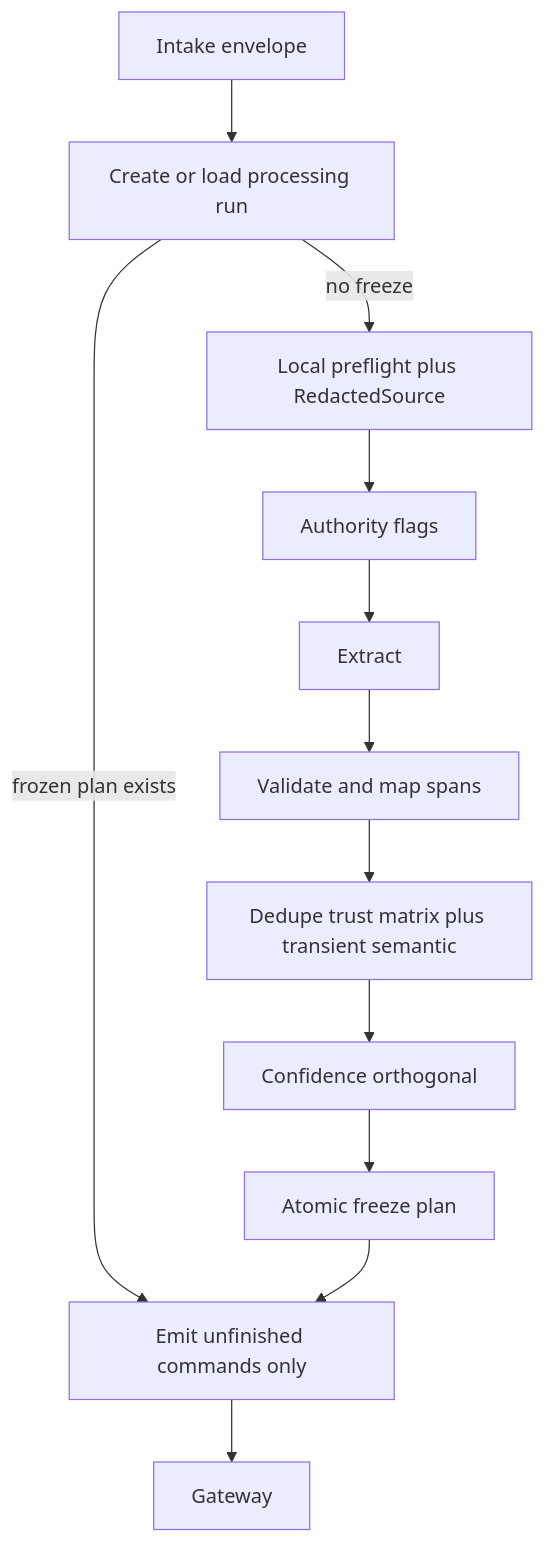
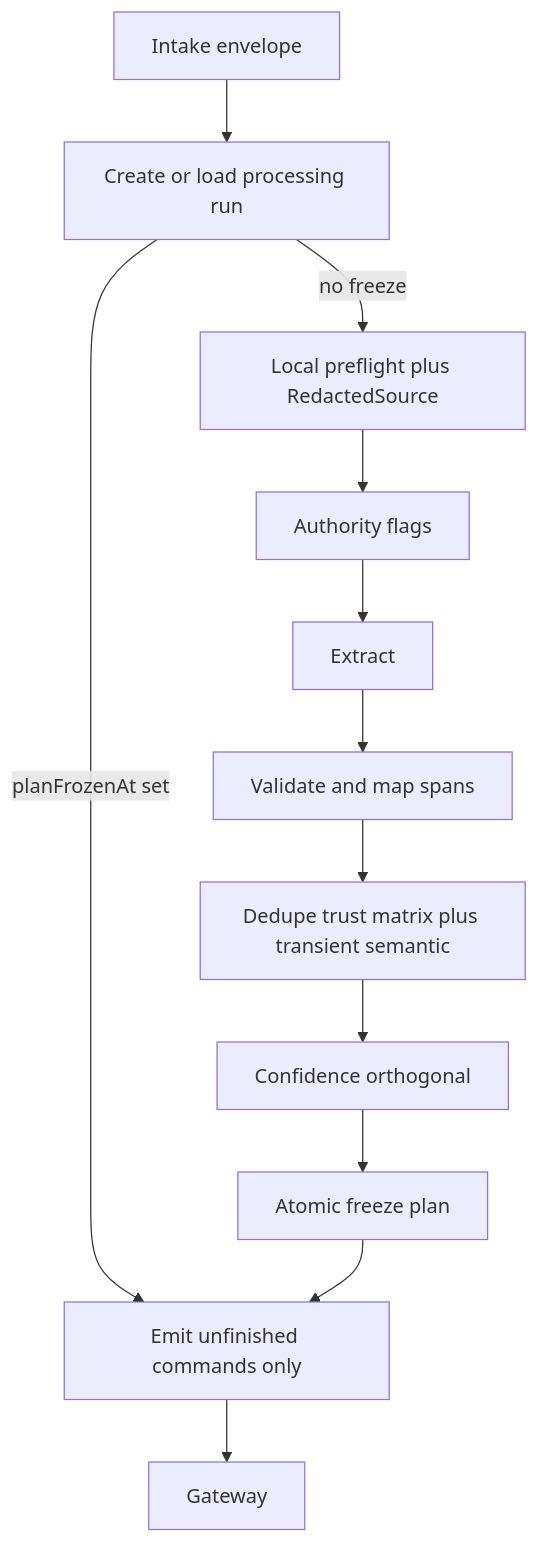
The first of 12 diagrams in docs/memory-system/10-memory-processing-design.md (NicolVii/ContextVault), drawn with Mermaid before and after one commit. The commit also changed other lines of this file, not shown here.

````diff
--- a/docs/memory-system/10-memory-processing-design.md
+++ b/docs/memory-system/10-memory-processing-design.md
@@ -1157,14 +2012,14 @@
 ```mermaid
 flowchart TD
   E[Intake envelope] --> R[Create or load processing run]
-  R -->|frozen plan exists| Em[Emit unfinished commands only]
+  R -->|planFrozenAt set| Em[Emit unfinished commands only]
   R -->|no freeze| P[Local preflight plus RedactedSource]
   P --> A[Authority flags]
   A --> X[Extract]
   X --> V[Validate and map spans]
   V --> D[Dedupe trust matrix plus transient semantic]
   D --> C[Confidence orthogonal]
   C --> F[Atomic freeze plan]
   F --> Em
   Em --> G[Gateway]
 ```
````
